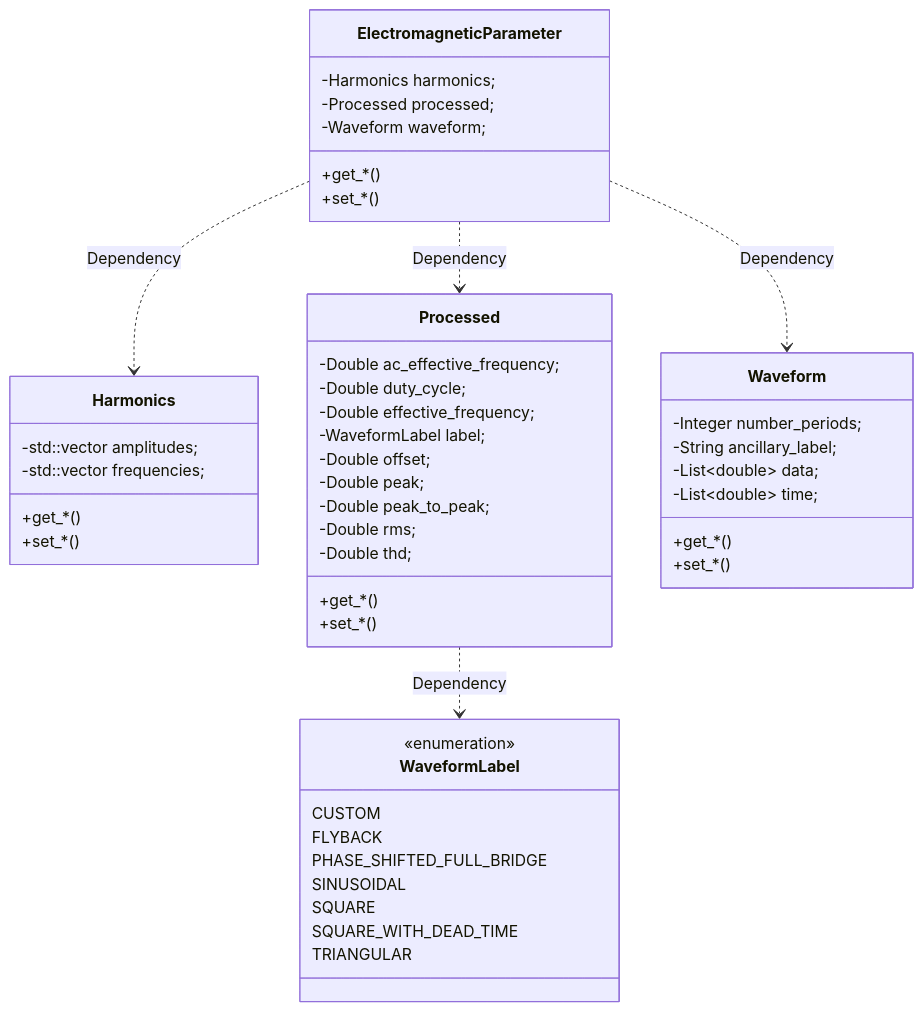
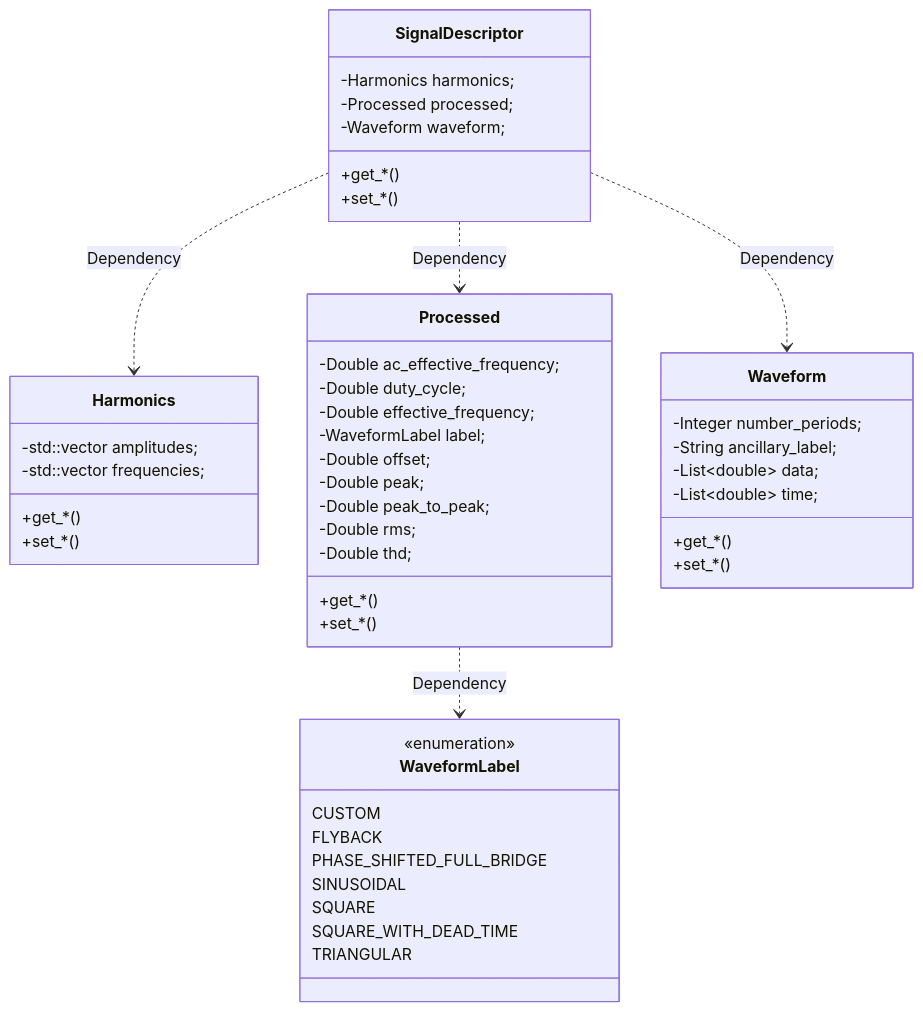
Before and after one commit to OpenMagnetics/MAS: the fourth of 4 diagrams in docs/inputs.md, drawn with Mermaid. The commit also changed other lines of this file and 12 other files, not shown here.

Commit message:
Renamed Operation to Operating, and EletromagneticParameter to SignalDescriptor

````diff
--- a/docs/inputs.md
+++ b/docs/inputs.md
@@ -364,65 +364,65 @@
 ```mermaid
 classDiagram
 
-class ElectromagneticParameter {
+class SignalDescriptor {
 
     -Harmonics harmonics;
     -Processed processed;
     -Waveform waveform;
 
     +get_*()
     +set_*()
 }
 
-ElectromagneticParameter ..> Harmonics : Dependency
-ElectromagneticParameter ..> Processed : Dependency
-ElectromagneticParameter ..> Waveform : Dependency
+SignalDescriptor ..> Harmonics : Dependency
+SignalDescriptor ..> Processed : Dependency
+SignalDescriptor ..> Waveform : Dependency
 
 
 class Harmonics {
 
     -std::vector<double> amplitudes;
     -std::vector<double> frequencies;
 
     +get_*()
     +set_*()
 }
 
 class Processed {
 
     -Double ac_effective_frequency;
     -Double duty_cycle;
     -Double effective_frequency;
     -WaveformLabel label;
     -Double offset;
     -Double peak;
     -Double peak_to_peak;
     -Double rms;
     -Double thd;
 
     +get_*()
     +set_*()
 }
 Processed ..> WaveformLabel : Dependency
 
 class WaveformLabel {
     <<enumeration>>
     CUSTOM
     FLYBACK
     PHASE_SHIFTED_FULL_BRIDGE
     SINUSOIDAL
     SQUARE
     SQUARE_WITH_DEAD_TIME
     TRIANGULAR
 }
 
 class Waveform {
     -Integer number_periods;
     -String ancillary_label;
     -List~double~ data;
     -List~double~ time;
 
     +get_*()
     +set_*()
 }
 ```
````
